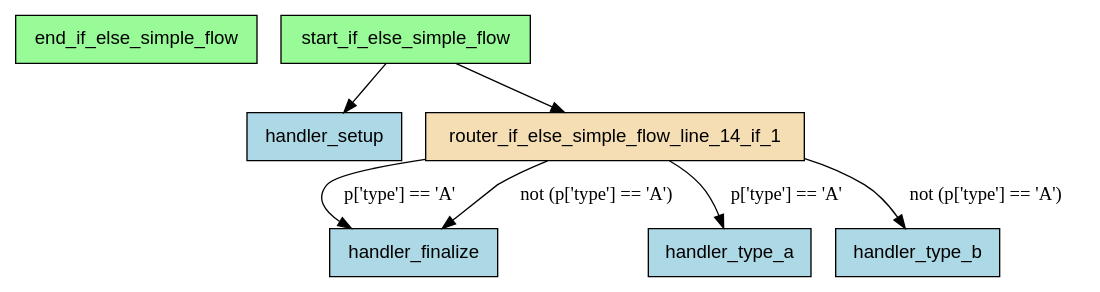
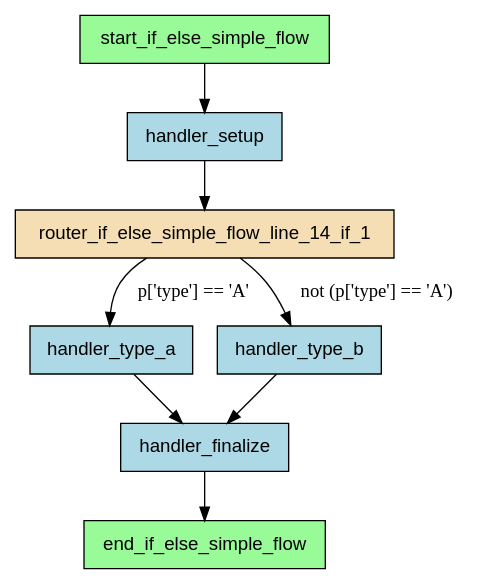
The diagram in examples/flows/compiled/if_else_simple/flow.dot (deliveryhero/asya), drawn with Graphviz before and after one commit. The commit also changed 224 other files, not shown here.

```diff
--- a/examples/flows/compiled/if_else_simple/flow.dot
+++ b/examples/flows/compiled/if_else_simple/flow.dot
@@ -1,19 +1,20 @@
 digraph "if_else_simple_flow" {
     rankdir=TB;
     node [shape=box, style=filled, fontname="Helvetica"];
 
     end_if_else_simple_flow [label="end_if_else_simple_flow", fillcolor=palegreen];
     handler_finalize [label="handler_finalize", fillcolor=lightblue];
     handler_setup [label="handler_setup", fillcolor=lightblue];
     handler_type_a [label="handler_type_a", fillcolor=lightblue];
     handler_type_b [label="handler_type_b", fillcolor=lightblue];
     router_if_else_simple_flow_line_14_if_1 [label="router_if_else_simple_flow_line_14_if_1", fillcolor=wheat];
     start_if_else_simple_flow [label="start_if_else_simple_flow", fillcolor=palegreen];
 
     start_if_else_simple_flow -> handler_setup;
-    start_if_else_simple_flow -> router_if_else_simple_flow_line_14_if_1;
+    handler_setup -> router_if_else_simple_flow_line_14_if_1;
     router_if_else_simple_flow_line_14_if_1 -> handler_type_a [label="p['type'] == 'A'"];
-    router_if_else_simple_flow_line_14_if_1 -> handler_finalize [label="p['type'] == 'A'"];
+    handler_type_a -> handler_finalize;
     router_if_else_simple_flow_line_14_if_1 -> handler_type_b [label="not (p['type'] == 'A')"];
-    router_if_else_simple_flow_line_14_if_1 -> handler_finalize [label="not (p['type'] == 'A')"];
+    handler_type_b -> handler_finalize;
+    handler_finalize -> end_if_else_simple_flow;
 }
```
